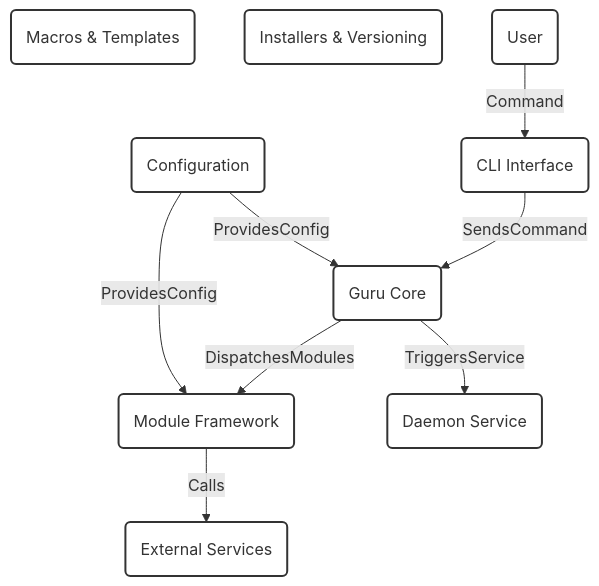
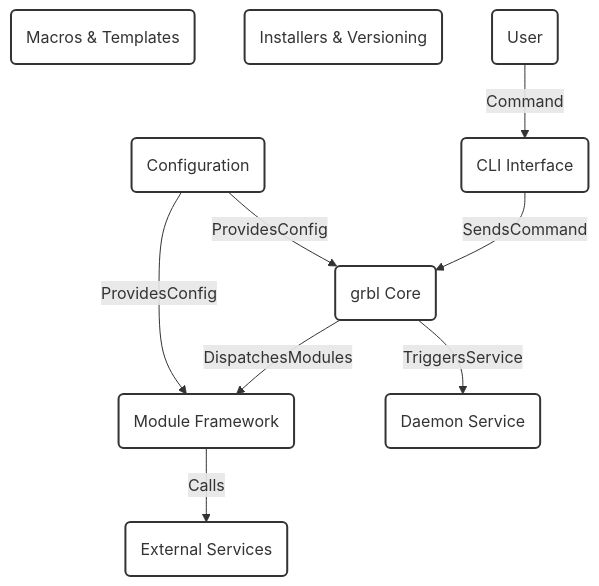
Before and after one commit to ugcasa/grbl: the diagram in README.md, drawn with Mermaid. The commit also changed 143 other files, not shown here.

````diff
--- a/README.md
+++ b/README.md
@@ -85,30 +85,30 @@
 ```mermaid
 
 flowchart TD
     Macros("Macros & Templates"):::block
     Install("Installers & Versioning"):::block
     User("User"):::block
     CLI("CLI Interface"):::block
-    Core("Guru Core"):::block
+    Core("grbl Core"):::block
     Config("Configuration"):::block
     Modules("Module Framework"):::block
     Daemon("Daemon Service"):::block
     External("External Services"):::block
 
     %% Command invocation flow
     User -->|"Command"| CLI
     CLI -->|"SendsCommand"| Core
     Core -->|"DispatchesModules"| Modules
     Core -->|"TriggersService"| Daemon
 
     %% Configuration propagation
     Config -->|"ProvidesConfig"| Core
     Config -->|"ProvidesConfig"| Modules
 
     %% External integration from modules
     Modules -->|"Calls"| External
 
         %% Styles
     classDef block fill:#FFFFFF,stroke:#333,stroke-width:2px;
 
  ```
````
